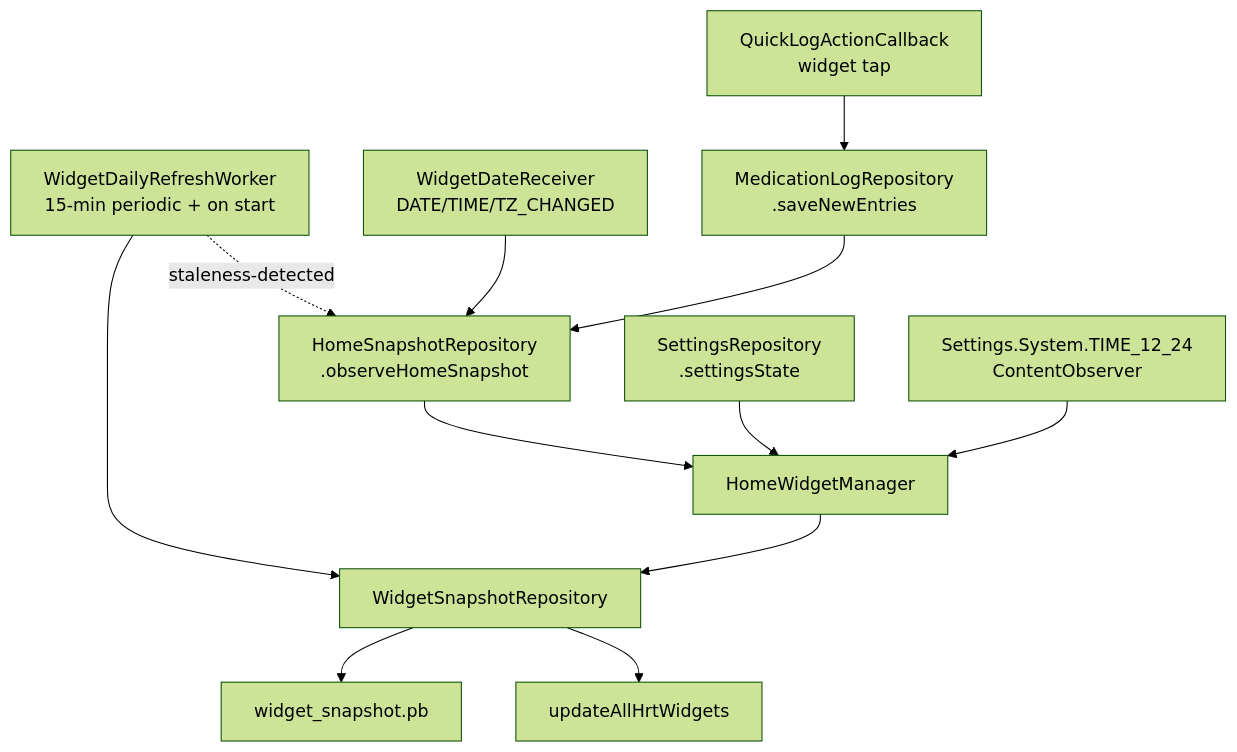
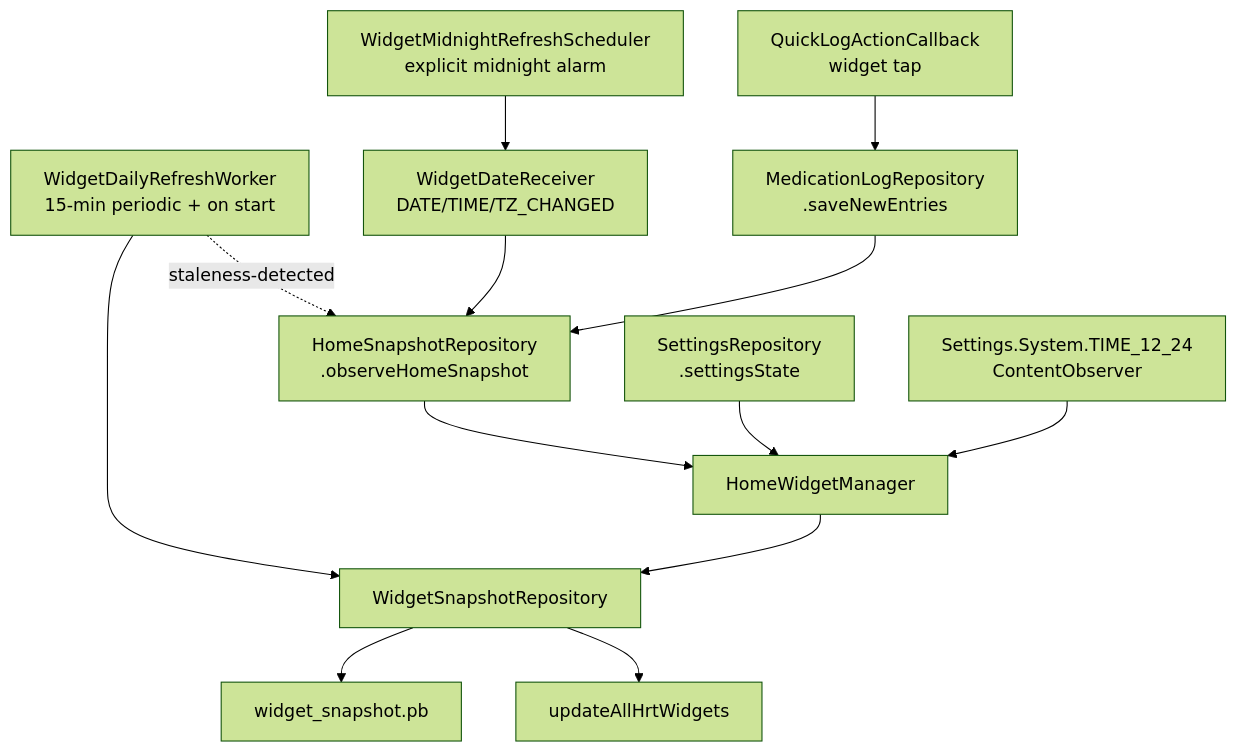
The second of 2 diagrams in docs/widget.md (mkx173/Featherline), drawn with Mermaid (forest theme) before and after one commit. The commit also changed other lines of this file and 12 other files, not shown here.

Commit message:
fix: refresh widget snapshot at date rollover

````diff
--- a/docs/widget.md
+++ b/docs/widget.md
@@ -209,14 +209,15 @@
 ```mermaid
 graph TD
   homesnapshot[HomeSnapshotRepository<br/>.observeHomeSnapshot] --> manager
   settings[SettingsRepository<br/>.settingsState] --> manager
   timeformat[Settings.System.TIME_12_24<br/>ContentObserver] --> manager
+  midnight[WidgetMidnightRefreshScheduler<br/>explicit midnight alarm] --> datereceiver
   worker[WidgetDailyRefreshWorker<br/>15-min periodic + on start] --> repo
   worker -.staleness-detected.-> homesnapshot
   datereceiver[WidgetDateReceiver<br/>DATE/TIME/TZ_CHANGED] --> homesnapshot
   quicklog[QuickLogActionCallback<br/>widget tap] --> mutation
   mutation[MedicationLogRepository<br/>.saveNewEntries] --> homesnapshot
   manager[HomeWidgetManager] --> repo[WidgetSnapshotRepository]
   repo --> store[widget_snapshot.pb]
   repo --> glance[updateAllHrtWidgets]
 ```
````
